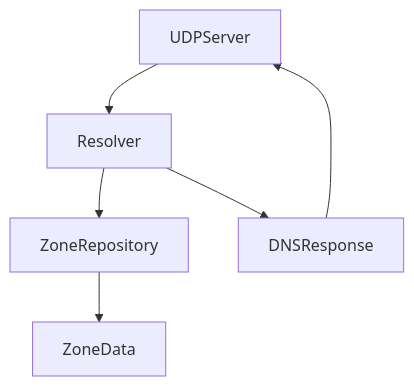
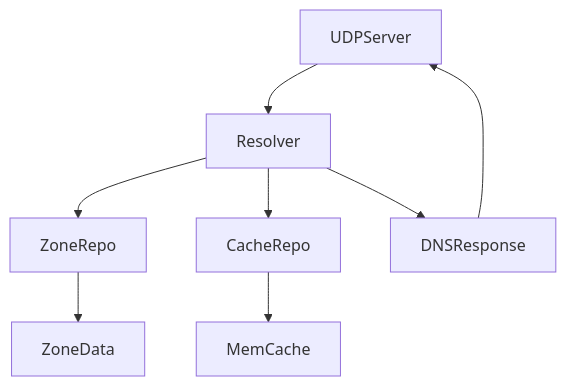
Before and after one commit to haukened/rr-dns: the third of 4 diagrams in docs/arc42.md, drawn with Mermaid. The commit also changed other lines of this file and 5 other files, not shown here.

````diff
--- a/docs/arc42.md
+++ b/docs/arc42.md
@@ -84,8 +84,10 @@
 ```mermaid
 graph TD
   UDPServer --> Resolver
-  Resolver --> ZoneRepository
-  ZoneRepository --> ZoneData
+  Resolver --> ZoneRepo
+  Resolver --> CacheRepo
+  CacheRepo --> MemCache
+  ZoneRepo --> ZoneData
   Resolver --> DNSResponse
   DNSResponse --> UDPServer
 ```
````
